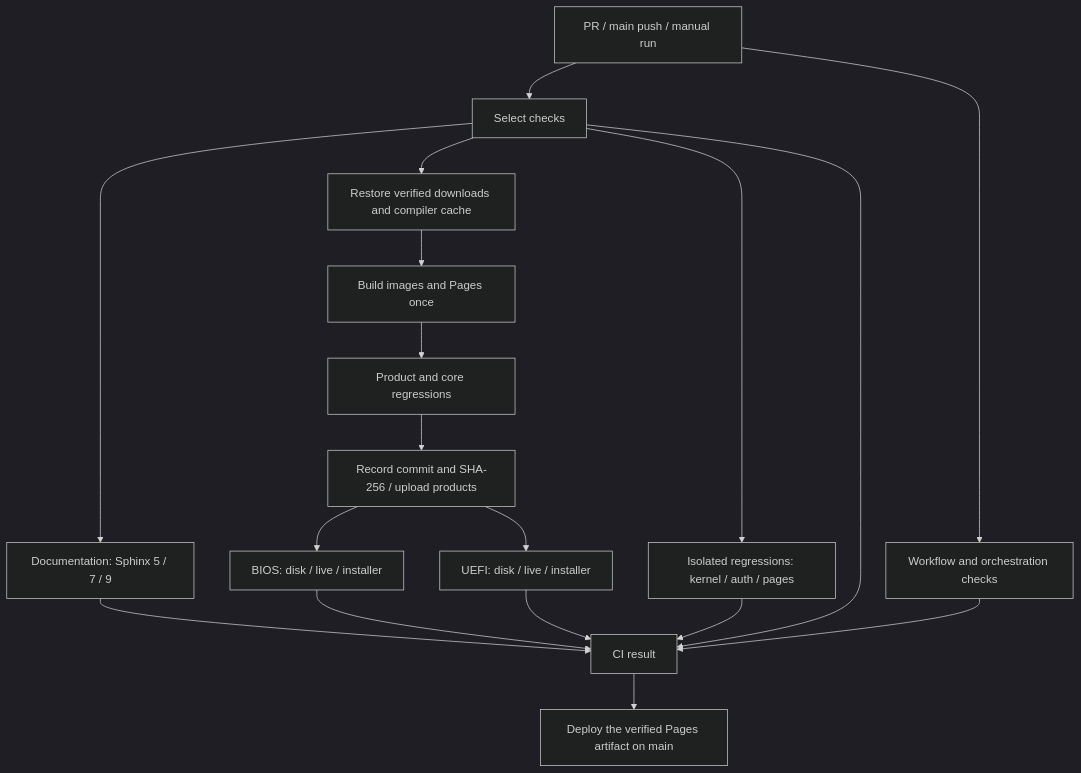
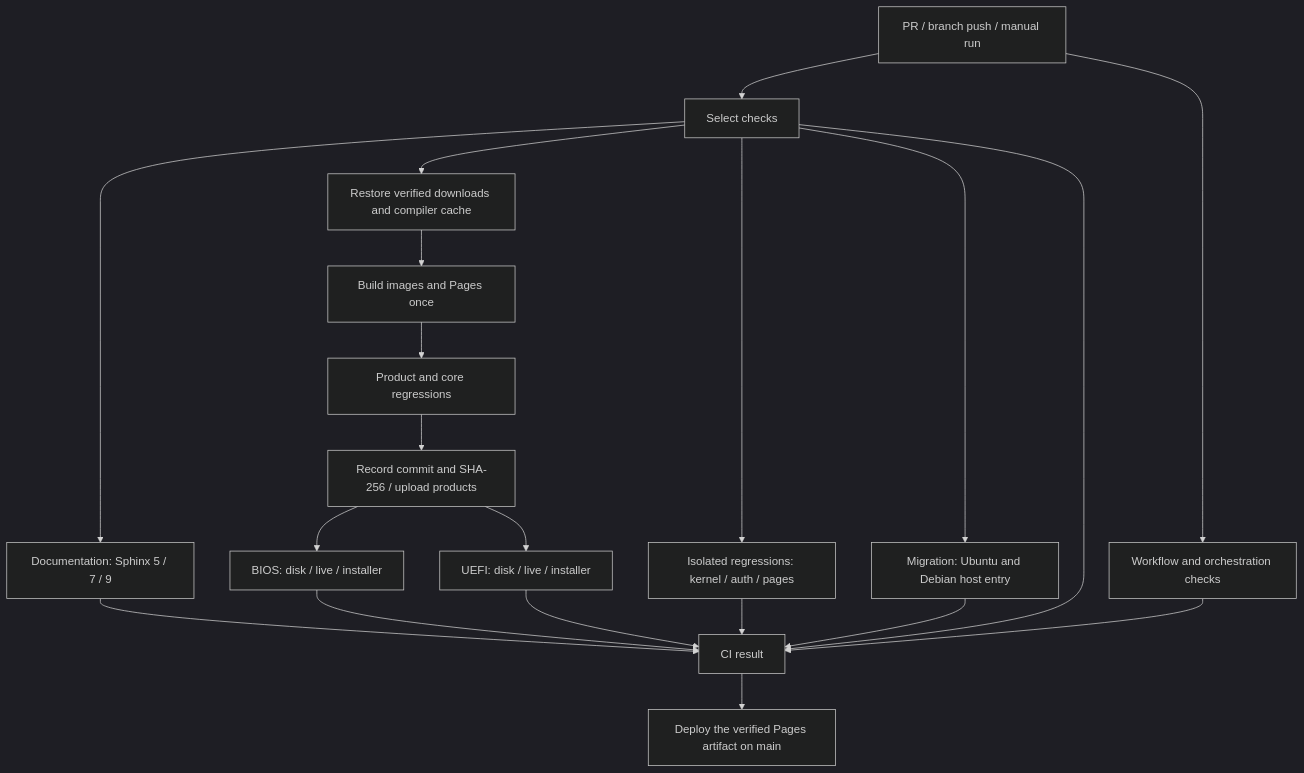
Before and after one commit to ReliefOSProject/ReliefOS: the diagram in .github/CI.md, drawn with Mermaid (dark theme). The commit also changed other lines of this file and 12 other files, not shown here.

````diff
--- a/.github/CI.md
+++ b/.github/CI.md
@@ -3,20 +3,22 @@
 ```mermaid
 flowchart TD
-    A[PR / main push / manual run] --> B[Select checks]
+    A[PR / branch push / manual run] --> B[Select checks]
     A --> C[Workflow and orchestration checks]
     B --> D[Documentation: Sphinx 5 / 7 / 9]
     B --> L[Restore verified downloads and compiler cache]
     L --> E[Build images and Pages once]
     E --> F[Product and core regressions]
     B --> R[Isolated regressions: kernel / auth / pages]
+    B --> M[Migration: Ubuntu and Debian host entry]
     F --> G[Record commit and SHA-256 / upload products]
     G --> H[BIOS: disk / live / installer]
     G --> I[UEFI: disk / live / installer]
     B --> J[CI result]
     C --> J
     D --> J
     R --> J
+    M --> J
     H --> J
     I --> J
     J --> K[Deploy the verified Pages artifact on main]
 ```
````
